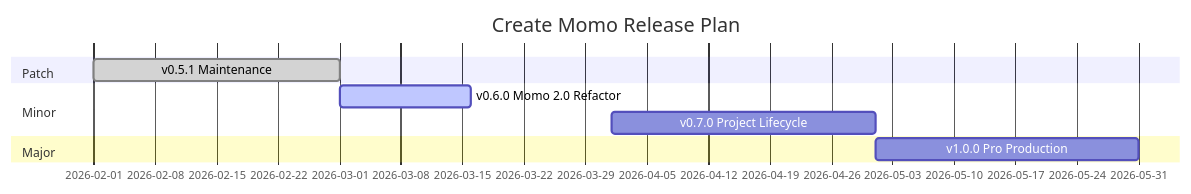
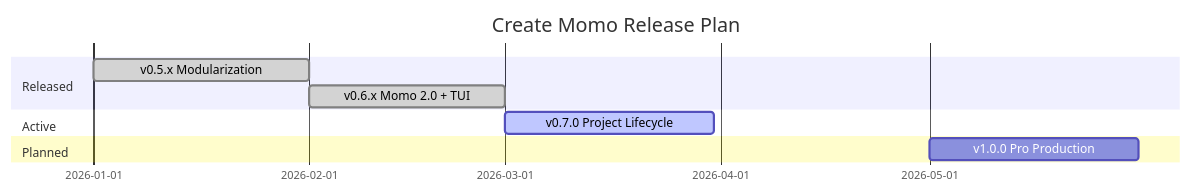
Before and after one commit to shahrear-ahamed/create-momo: the diagram in ROADMAP.md, drawn with Mermaid. The commit also changed other lines of this file and 27 other files, not shown here.

````diff
--- a/ROADMAP.md
+++ b/ROADMAP.md
@@ -76,12 +88,12 @@
 ```mermaid
 gantt
     title Create Momo Release Plan
     dateFormat YYYY-MM
-    section Patch
-        v0.5.1 Maintenance         :done, p1, 2026-02, 2026-03
-    section Minor
-        v0.6.0 Momo 2.0 Refactor   :active, m2, 2026-03, 15d
-        v0.7.0 Project Lifecycle   :m3, 2026-04, 30d
-    section Major
+    section Released
+        v0.5.x Modularization      :done, p1, 2026-01, 2026-02
+        v0.6.x Momo 2.0 + TUI     :done, m2, 2026-02, 2026-03
+    section Active
+        v0.7.0 Project Lifecycle   :active, m3, 2026-03, 30d
+    section Planned
         v1.0.0 Pro Production      :maj1, 2026-05, 30d
 ```
````
